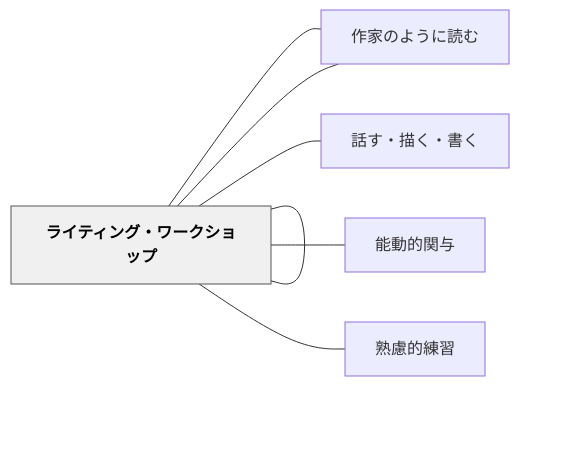
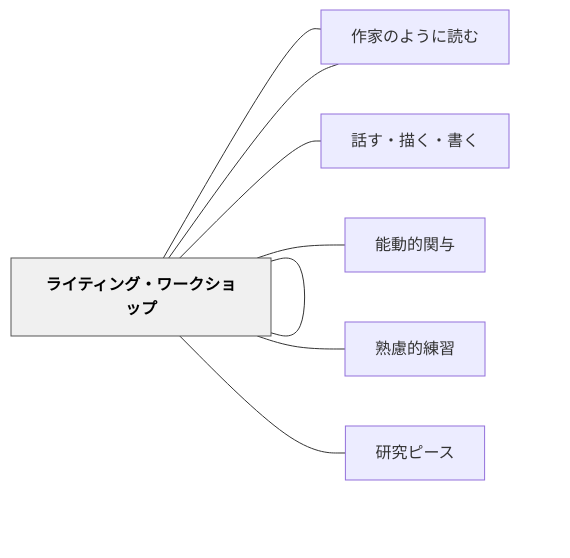
One commit to unknownthings-ed-patterns/unknownthings-ed-patterns changed the diagram in content/パタン/ライターズ・ノート.md. Above: the diagram before and after it, drawn with Mermaid. The commit also changed other lines of this file and 17 other files, not shown here.

````diff
--- a/content/パタン/ライターズ・ノート.md
+++ b/content/パタン/ライターズ・ノート.md
@@ -235,20 +236,22 @@
 ```mermaid
 flowchart LR
     ne383a9e382a4["ライターズ・ノート"]
     ne383a9e382a4["ライティング・ワークショップ"]
     ne4bd9ce5aeb6["作家のクラフト"]
     ne4bd9ce5aeb6["作家のように読む"]
     ne8a9b1e38199["話す・描く・書く"]
     ne883bde58b95["能動的関与"]
     ne7869fe685ae["熟慮的練習"]
+    ne7a094e7a9b6["研究ピース"]
 
     ne383a9e382a4 --- ne383a9e382a4
     ne383a9e382a4 --- ne4bd9ce5aeb6
     ne383a9e382a4 --- ne4bd9ce5aeb6
     ne383a9e382a4 --- ne8a9b1e38199
     ne383a9e382a4 --- ne883bde58b95
     ne383a9e382a4 --- ne7869fe685ae
+    ne383a9e382a4 --- ne7a094e7a9b6
 
     classDef hub fill:#f0f0f0,stroke:#555,color:#000,font-weight:bold
     class ne383a9e382a4 hub
 ```
````
